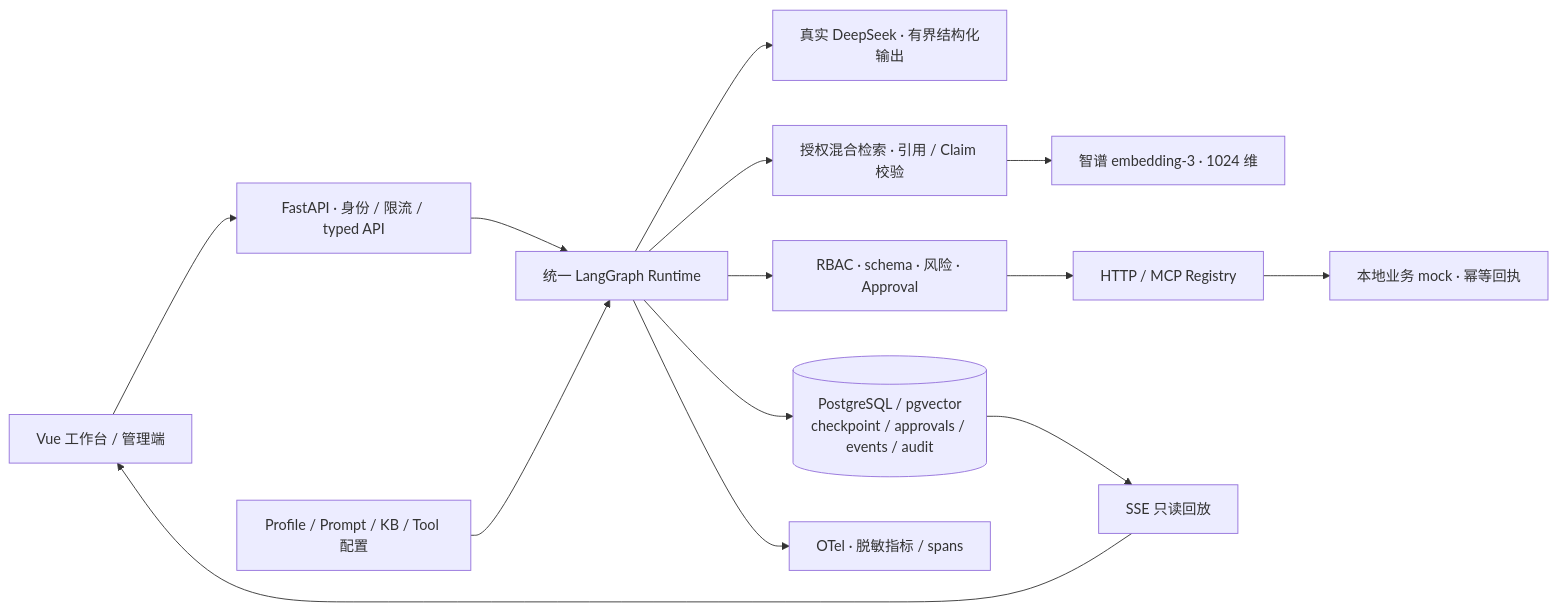
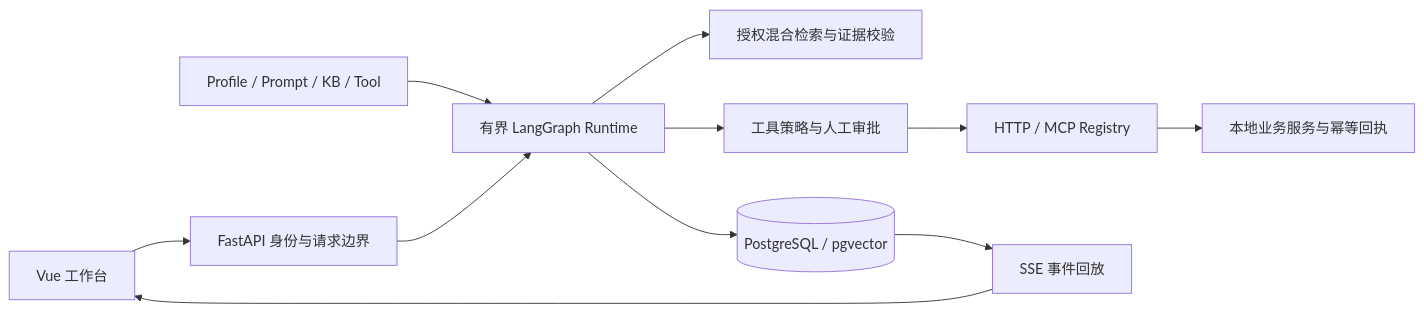
One commit to jason4166/omniagent-studio changed the diagram in README.md. Above: the diagram before and after it, drawn with Mermaid. The commit also changed other lines of this file and 77 other files, not shown here.

Commit message:
fix: harden evidence approval cancellation and verification contracts

````diff
--- a/README.md
+++ b/README.md
@@ -79,16 +26,13 @@
 ```mermaid
 flowchart LR
-  Web[Vue 工作台 / 管理端] --> API[FastAPI · 身份 / 限流 / typed API]
-  API --> Runtime[统一 LangGraph Runtime]
-  Profiles[Profile / Prompt / KB / Tool 配置] --> Runtime
-  Runtime --> LLM[真实 DeepSeek · 有界结构化输出]
-  Evidence --> Embedding[智谱 embedding-3 · 1024 维]
-  Runtime --> Evidence[授权混合检索 · 引用 / Claim 校验]
-  Runtime --> Gate[RBAC · schema · 风险 · Approval]
-  Gate --> Registry[HTTP / MCP Registry]
-  Registry --> Mock[本地业务 mock · 幂等回执]
-  Runtime --> PG[(PostgreSQL / pgvector<br/>checkpoint / approvals / events / audit)]
-  PG --> SSE[SSE 只读回放]
-  SSE --> Web
-  Runtime --> Trace[OTel · 脱敏指标 / spans]
+  Web[Vue 工作台] --> API[FastAPI 身份与请求边界]
+  Config[Profile / Prompt / KB / Tool] --> Runtime[有界 LangGraph Runtime]
+  API --> Runtime
+  Runtime --> Retrieval[授权混合检索与证据校验]
+  Runtime --> Approval[工具策略与人工审批]
+  Approval --> Registry[HTTP / MCP Registry]
+  Registry --> Mock[本地业务服务与幂等回执]
+  Runtime --> DB[(PostgreSQL / pgvector)]
+  DB --> Replay[SSE 事件回放]
+  Replay --> Web
 ```
````
